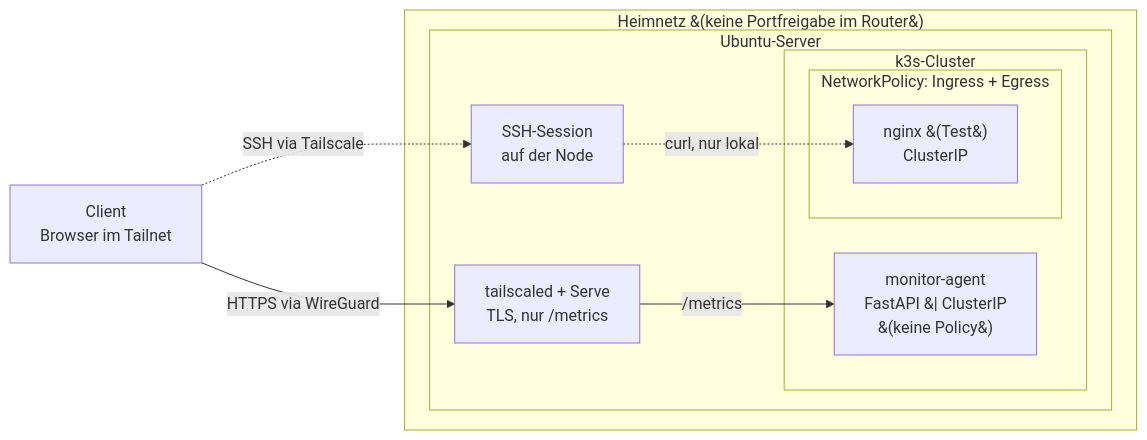
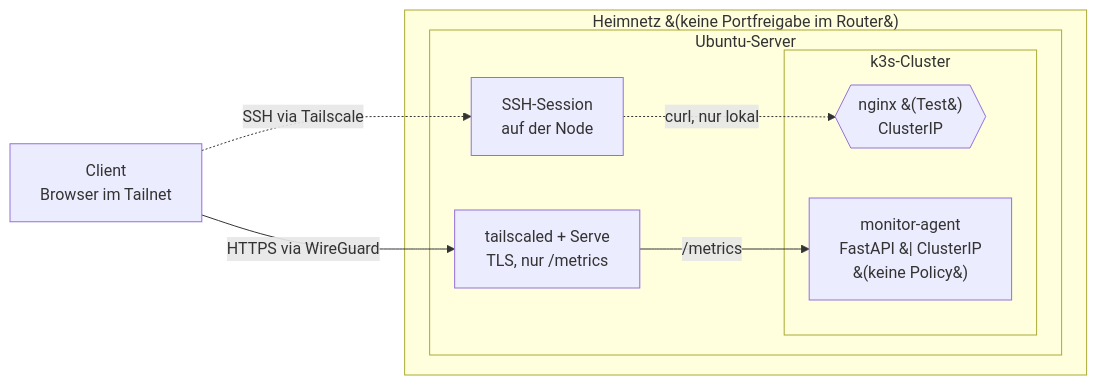
One commit to headnutAi/secure-homelab changed the diagram in README.md. Above: the diagram before and after it, drawn with Mermaid.

````diff
--- a/README.md
+++ b/README.md
@@ -31,24 +31,24 @@
 ```mermaid
 flowchart LR
     client["Client<br/>Browser im Tailnet"]
 
     subgraph home["Heimnetz &#40;keine Portfreigabe im Router&#41;"]
         subgraph host["Ubuntu-Server"]
             ts["tailscaled + Serve<br/>TLS, nur /metrics"]
             ssh["SSH-Session<br/>auf der Node"]
 
             subgraph k3s["k3s-Cluster"]
-                subgraph np["NetworkPolicy: Ingress + Egress"]
-                    nginx["nginx &#40;Test&#41;<br/>ClusterIP"]
-                end
+                
+                    nginx{{"nginx &#40;Test&#41;<br/>ClusterIP"}}
+                
                 mon["monitor-agent<br/>FastAPI &#124; ClusterIP<br/>&#40;keine Policy&#41;"]
             end
 
             ts -->|"/metrics"| mon
             ssh -.->|"curl, nur lokal"| nginx
         end
     end
 
     client -->|"HTTPS via WireGuard"| ts
     client -.->|"SSH via Tailscale"| ssh
 ```
````
